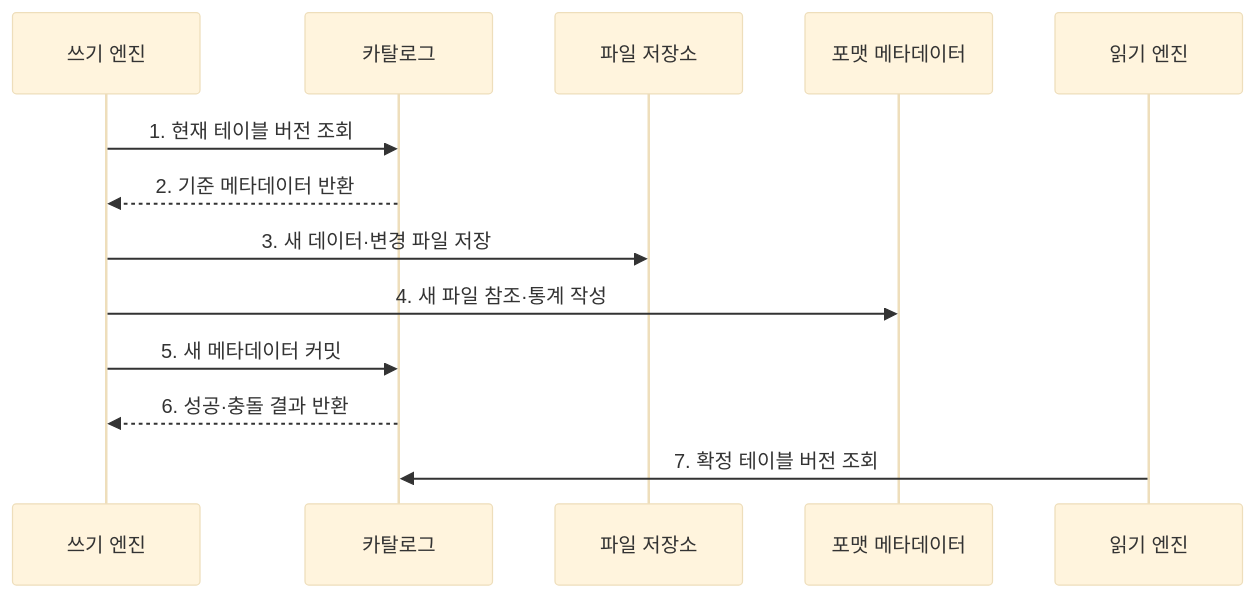
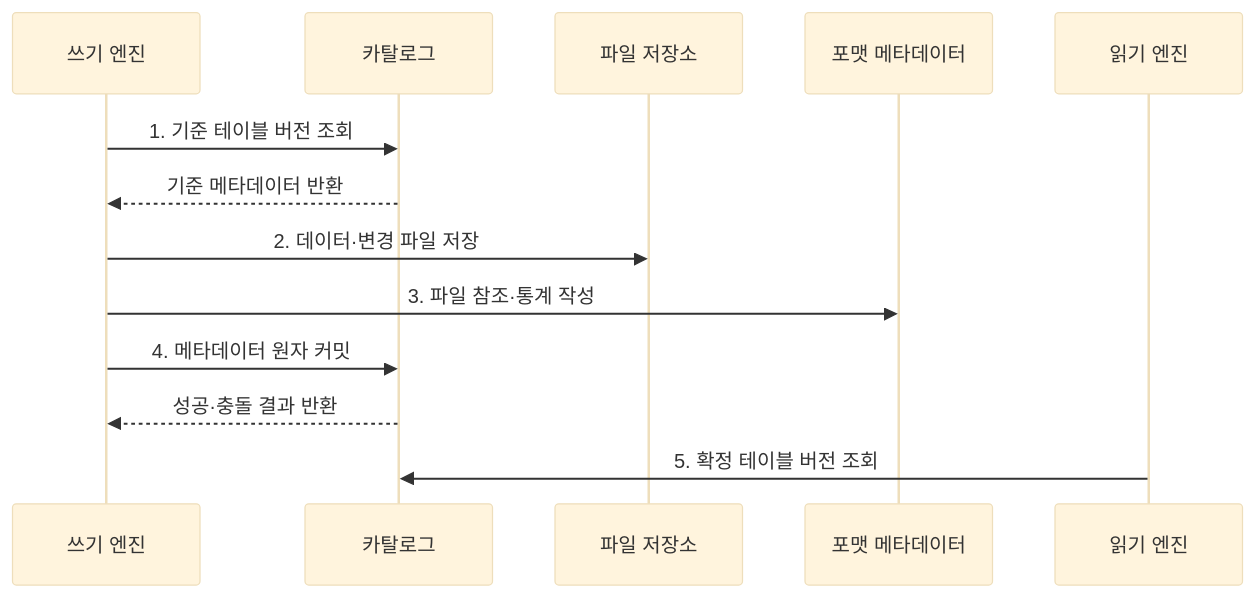
One commit to agnusdei1207/knowledge-base changed the second of 2 diagrams in src/content/docs/notes/03-software/129_open_table_format.md. Above: the diagram before and after it, drawn with Mermaid (base theme). The commit also changed other lines of this file and 238 other files, not shown here.

````diff
--- a/src/content/docs/notes/03-software/129_open_table_format.md
+++ b/src/content/docs/notes/03-software/129_open_table_format.md
@@ -83,15 +83,15 @@
 ```mermaid
 sequenceDiagram
     participant W as 쓰기 엔진
     participant C as 카탈로그
     participant D as 파일 저장소
     participant M as 포맷 메타데이터
     participant R as 읽기 엔진
-    W->>C: 1. 현재 테이블 버전 조회
-    C-->>W: 2. 기준 메타데이터 반환
-    W->>D: 3. 새 데이터·변경 파일 저장
-    W->>M: 4. 새 파일 참조·통계 작성
-    W->>C: 5. 새 메타데이터 커밋
-    C-->>W: 6. 성공·충돌 결과 반환
-    R->>C: 7. 확정 테이블 버전 조회
+    W->>C: 1. 기준 테이블 버전 조회
+    C-->>W: 기준 메타데이터 반환
+    W->>D: 2. 데이터·변경 파일 저장
+    W->>M: 3. 파일 참조·통계 작성
+    W->>C: 4. 메타데이터 원자 커밋
+    C-->>W: 성공·충돌 결과 반환
+    R->>C: 5. 확정 테이블 버전 조회
 ```
````
